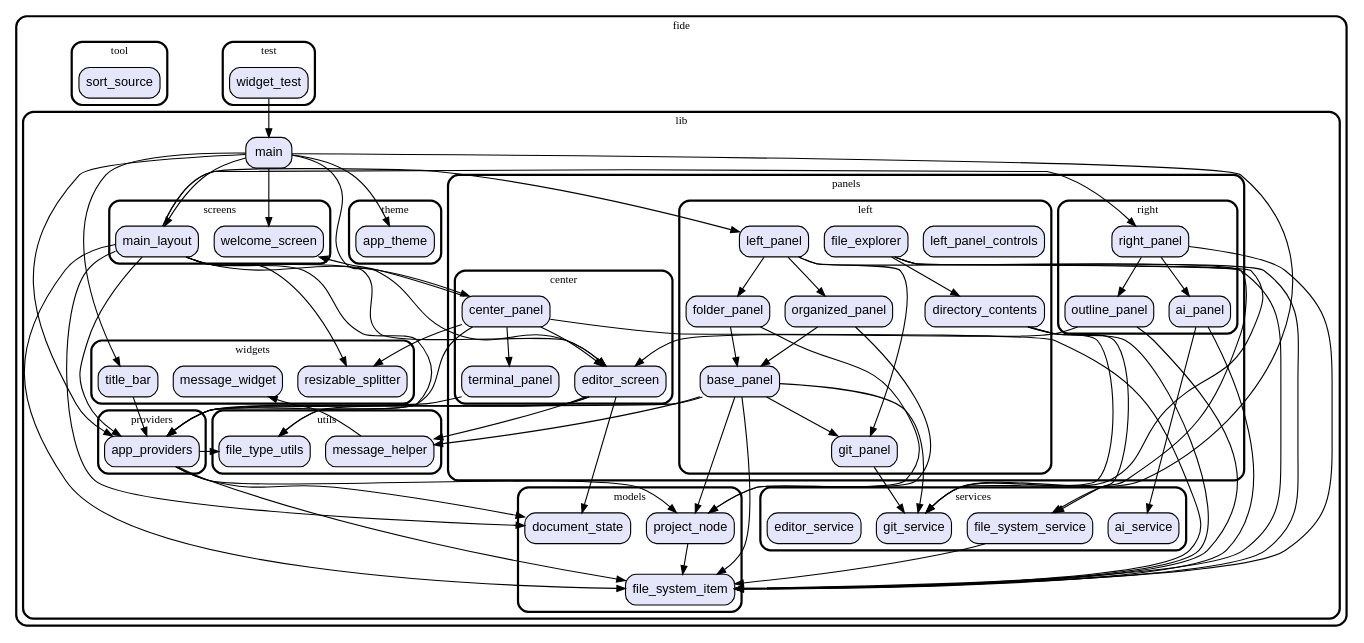
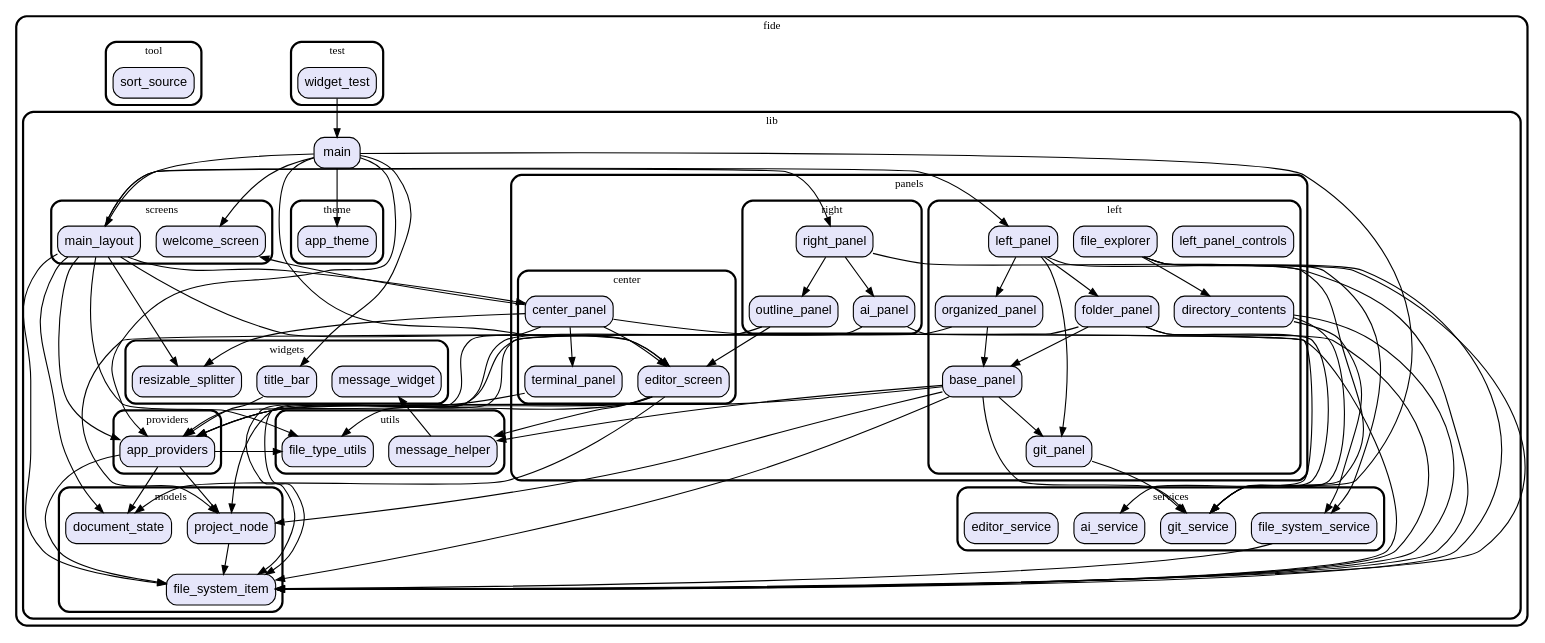
One commit to vteam-com/FIDE changed the diagram in graph.dot. Above: the diagram before and after it, drawn with Graphviz. The commit also changed 4 other files, not shown here.

```diff
--- a/graph.dot
+++ b/graph.dot
@@ -1,181 +1,183 @@
 digraph "" {
   graph [style=rounded fontname="Arial Black" fontsize=13 penwidth=2.6];
   node [shape=rect style="filled,rounded" fontname=Arial fontsize=15 fillcolor=Lavender penwidth=1.3];
   edge [penwidth=1.3];
   "/test/widget_test.dart" [label="widget_test"];
   "/lib/providers/app_providers.dart" [label="app_providers"];
   "/lib/panels/right/outline_panel.dart" [label="outline_panel"];
   "/lib/panels/right/ai_panel.dart" [label="ai_panel"];
   "/lib/panels/right/right_panel.dart" [label="right_panel"];
   "/lib/panels/center/editor_screen.dart" [label="editor_screen"];
   "/lib/panels/center/terminal_panel.dart" [label="terminal_panel"];
   "/lib/panels/center/center_panel.dart" [label="center_panel"];
   "/lib/panels/left/git_panel.dart" [label="git_panel"];
   "/lib/panels/left/left_panel_controls.dart" [label="left_panel_controls"];
   "/lib/panels/left/base_panel.dart" [label="base_panel"];
   "/lib/panels/left/directory_contents.dart" [label="directory_contents"];
   "/lib/panels/left/folder_panel.dart" [label="folder_panel"];
   "/lib/panels/left/file_explorer.dart" [label="file_explorer"];
   "/lib/panels/left/left_panel.dart" [label="left_panel"];
   "/lib/panels/left/organized_panel.dart" [label="organized_panel"];
   "/lib/utils/message_helper.dart" [label="message_helper"];
   "/lib/utils/file_type_utils.dart" [label="file_type_utils"];
   "/lib/models/project_node.dart" [label="project_node"];
   "/lib/models/document_state.dart" [label="document_state"];
   "/lib/models/file_system_item.dart" [label="file_system_item"];
   "/lib/screens/main_layout.dart" [label="main_layout"];
   "/lib/screens/welcome_screen.dart" [label="welcome_screen"];
   "/lib/main.dart" [label="main"];
   "/lib/theme/app_theme.dart" [label="app_theme"];
   "/lib/services/git_service.dart" [label="git_service"];
   "/lib/services/ai_service.dart" [label="ai_service"];
   "/lib/services/file_system_service.dart" [label="file_system_service"];
   "/lib/services/editor_service.dart" [label="editor_service"];
   "/lib/widgets/resizable_splitter.dart" [label="resizable_splitter"];
   "/lib/widgets/title_bar.dart" [label="title_bar"];
   "/lib/widgets/message_widget.dart" [label="message_widget"];
   "/tool/sort_source.dart" [label="sort_source"];
   subgraph "cluster~" {
     label="fide";
     subgraph "cluster~/test" {
       label="test";
       "/test/widget_test.dart";
     }
     subgraph "cluster~/lib" {
       label="lib";
       "/lib/main.dart";
       subgraph "cluster~/lib/providers" {
         label="providers";
         "/lib/providers/app_providers.dart";
       }
       subgraph "cluster~/lib/panels" {
         label="panels";
         subgraph "cluster~/lib/panels/right" {
           label="right";
           "/lib/panels/right/outline_panel.dart";
           "/lib/panels/right/ai_panel.dart";
           "/lib/panels/right/right_panel.dart";
         }
         subgraph "cluster~/lib/panels/center" {
           label="center";
           "/lib/panels/center/editor_screen.dart";
           "/lib/panels/center/terminal_panel.dart";
           "/lib/panels/center/center_panel.dart";
         }
         subgraph "cluster~/lib/panels/left" {
           label="left";
           "/lib/panels/left/git_panel.dart";
           "/lib/panels/left/left_panel_controls.dart";
           "/lib/panels/left/base_panel.dart";
           "/lib/panels/left/directory_contents.dart";
           "/lib/panels/left/folder_panel.dart";
           "/lib/panels/left/file_explorer.dart";
           "/lib/panels/left/left_panel.dart";
           "/lib/panels/left/organized_panel.dart";
         }
       }
       subgraph "cluster~/lib/utils" {
         label="utils";
         "/lib/utils/message_helper.dart";
         "/lib/utils/file_type_utils.dart";
       }
       subgraph "cluster~/lib/models" {
         label="models";
         "/lib/models/project_node.dart";
         "/lib/models/document_state.dart";
         "/lib/models/file_system_item.dart";
       }
       subgraph "cluster~/lib/screens" {
         label="screens";
         "/lib/screens/main_layout.dart";
         "/lib/screens/welcome_screen.dart";
       }
       subgraph "cluster~/lib/theme" {
         label="theme";
         "/lib/theme/app_theme.dart";
       }
       subgraph "cluster~/lib/services" {
         label="services";
         "/lib/services/git_service.dart";
         "/lib/services/ai_service.dart";
         "/lib/services/file_system_service.dart";
         "/lib/services/editor_service.dart";
       }
       subgraph "cluster~/lib/widgets" {
         label="widgets";
         "/lib/widgets/resizable_splitter.dart";
         "/lib/widgets/title_bar.dart";
         "/lib/widgets/message_widget.dart";
       }
     }
     subgraph "cluster~/tool" {
       label="tool";
       "/tool/sort_source.dart";
     }
   }
   "/test/widget_test.dart" -> "/lib/main.dart";
   "/lib/providers/app_providers.dart" -> "/lib/models/file_system_item.dart";
   "/lib/providers/app_providers.dart" -> "/lib/models/project_node.dart";
   "/lib/providers/app_providers.dart" -> "/lib/models/document_state.dart";
   "/lib/providers/app_providers.dart" -> "/lib/utils/file_type_utils.dart";
   "/lib/panels/right/outline_panel.dart" -> "/lib/models/file_system_item.dart";
   "/lib/panels/right/outline_panel.dart" -> "/lib/panels/center/editor_screen.dart";
   "/lib/panels/right/ai_panel.dart" -> "/lib/services/ai_service.dart";
   "/lib/panels/right/ai_panel.dart" -> "/lib/models/file_system_item.dart";
   "/lib/panels/right/right_panel.dart" -> "/lib/panels/right/outline_panel.dart";
   "/lib/panels/right/right_panel.dart" -> "/lib/panels/right/ai_panel.dart";
   "/lib/panels/right/right_panel.dart" -> "/lib/models/file_system_item.dart";
   "/lib/panels/center/editor_screen.dart" -> "/lib/providers/app_providers.dart";
   "/lib/panels/center/editor_screen.dart" -> "/lib/utils/message_helper.dart";
   "/lib/panels/center/editor_screen.dart" -> "/lib/utils/file_type_utils.dart";
   "/lib/panels/center/editor_screen.dart" -> "/lib/models/document_state.dart";
   "/lib/panels/center/terminal_panel.dart" -> "/lib/providers/app_providers.dart";
   "/lib/panels/center/center_panel.dart" -> "/lib/providers/app_providers.dart";
   "/lib/panels/center/center_panel.dart" -> "/lib/screens/welcome_screen.dart";
   "/lib/panels/center/center_panel.dart" -> "/lib/panels/center/editor_screen.dart";
   "/lib/panels/center/center_panel.dart" -> "/lib/panels/center/terminal_panel.dart";
   "/lib/panels/center/center_panel.dart" -> "/lib/widgets/resizable_splitter.dart";
   "/lib/panels/center/center_panel.dart" -> "/lib/models/file_system_item.dart";
   "/lib/panels/left/git_panel.dart" -> "/lib/services/git_service.dart";
   "/lib/panels/left/base_panel.dart" -> "/lib/models/project_node.dart";
   "/lib/panels/left/base_panel.dart" -> "/lib/models/file_system_item.dart";
   "/lib/panels/left/base_panel.dart" -> "/lib/services/git_service.dart";
   "/lib/panels/left/base_panel.dart" -> "/lib/utils/message_helper.dart";
   "/lib/panels/left/base_panel.dart" -> "/lib/panels/left/git_panel.dart";
   "/lib/panels/left/base_panel.dart" -> "/lib/providers/app_providers.dart";
   "/lib/panels/left/directory_contents.dart" -> "/lib/services/file_system_service.dart";
   "/lib/panels/left/directory_contents.dart" -> "/lib/services/git_service.dart";
   "/lib/panels/left/directory_contents.dart" -> "/lib/models/file_system_item.dart";
   "/lib/panels/left/folder_panel.dart" -> "/lib/models/project_node.dart";
+  "/lib/panels/left/folder_panel.dart" -> "/lib/models/file_system_item.dart";
+  "/lib/panels/left/folder_panel.dart" -> "/lib/services/git_service.dart";
   "/lib/panels/left/folder_panel.dart" -> "/lib/panels/left/base_panel.dart";
   "/lib/panels/left/file_explorer.dart" -> "/lib/services/file_system_service.dart";
   "/lib/panels/left/file_explorer.dart" -> "/lib/services/git_service.dart";
   "/lib/panels/left/file_explorer.dart" -> "/lib/models/file_system_item.dart";
   "/lib/panels/left/file_explorer.dart" -> "/lib/panels/left/directory_contents.dart";
   "/lib/panels/left/left_panel.dart" -> "/lib/panels/left/folder_panel.dart";
   "/lib/panels/left/left_panel.dart" -> "/lib/panels/left/organized_panel.dart";
   "/lib/panels/left/left_panel.dart" -> "/lib/panels/left/git_panel.dart";
   "/lib/panels/left/left_panel.dart" -> "/lib/models/file_system_item.dart";
   "/lib/panels/left/organized_panel.dart" -> "/lib/models/project_node.dart";
   "/lib/panels/left/organized_panel.dart" -> "/lib/panels/left/base_panel.dart";
   "/lib/utils/message_helper.dart" -> "/lib/widgets/message_widget.dart";
   "/lib/models/project_node.dart" -> "/lib/models/file_system_item.dart";
   "/lib/screens/main_layout.dart" -> "/lib/panels/center/editor_screen.dart";
   "/lib/screens/main_layout.dart" -> "/lib/providers/app_providers.dart";
   "/lib/screens/main_layout.dart" -> "/lib/models/file_system_item.dart";
   "/lib/screens/main_layout.dart" -> "/lib/models/document_state.dart";
   "/lib/screens/main_layout.dart" -> "/lib/utils/file_type_utils.dart";
   "/lib/screens/main_layout.dart" -> "/lib/widgets/resizable_splitter.dart";
   "/lib/screens/main_layout.dart" -> "/lib/panels/left/left_panel.dart";
   "/lib/screens/main_layout.dart" -> "/lib/panels/center/center_panel.dart";
   "/lib/screens/main_layout.dart" -> "/lib/panels/right/right_panel.dart";
   "/lib/main.dart" -> "/lib/providers/app_providers.dart";
   "/lib/main.dart" -> "/lib/screens/main_layout.dart";
   "/lib/main.dart" -> "/lib/widgets/title_bar.dart";
   "/lib/main.dart" -> "/lib/panels/center/editor_screen.dart";
   "/lib/main.dart" -> "/lib/screens/welcome_screen.dart";
   "/lib/main.dart" -> "/lib/services/git_service.dart";
   "/lib/main.dart" -> "/lib/theme/app_theme.dart";
   "/lib/services/file_system_service.dart" -> "/lib/models/file_system_item.dart";
   "/lib/widgets/title_bar.dart" -> "/lib/providers/app_providers.dart";
 }
```
